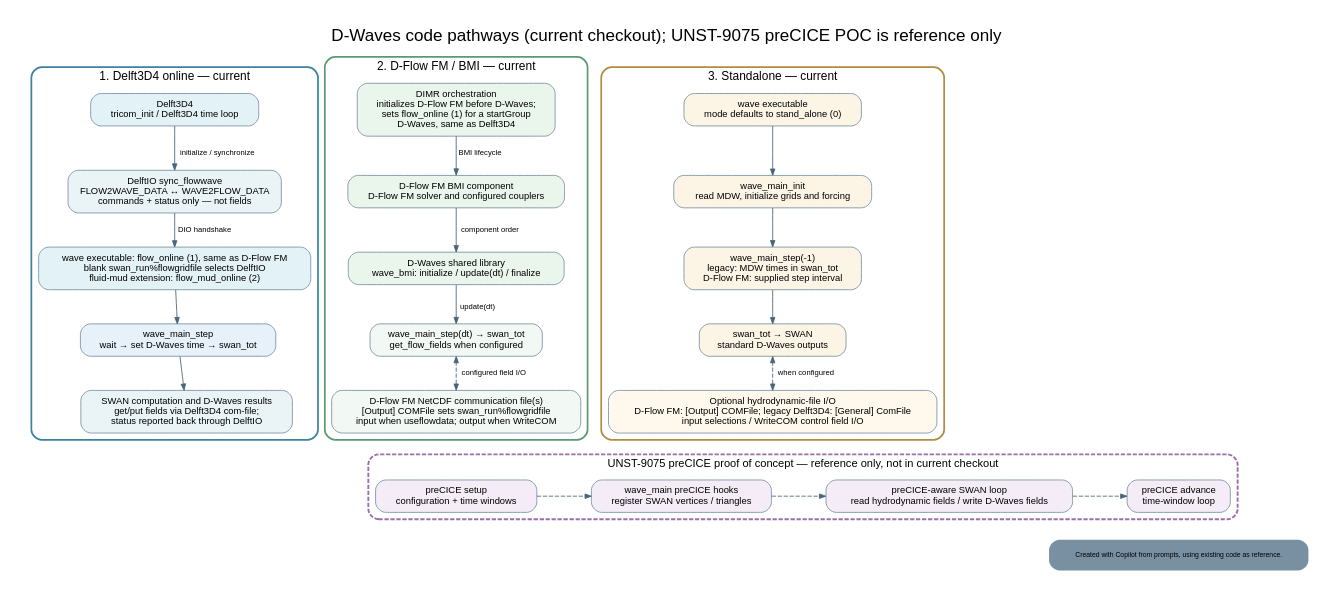
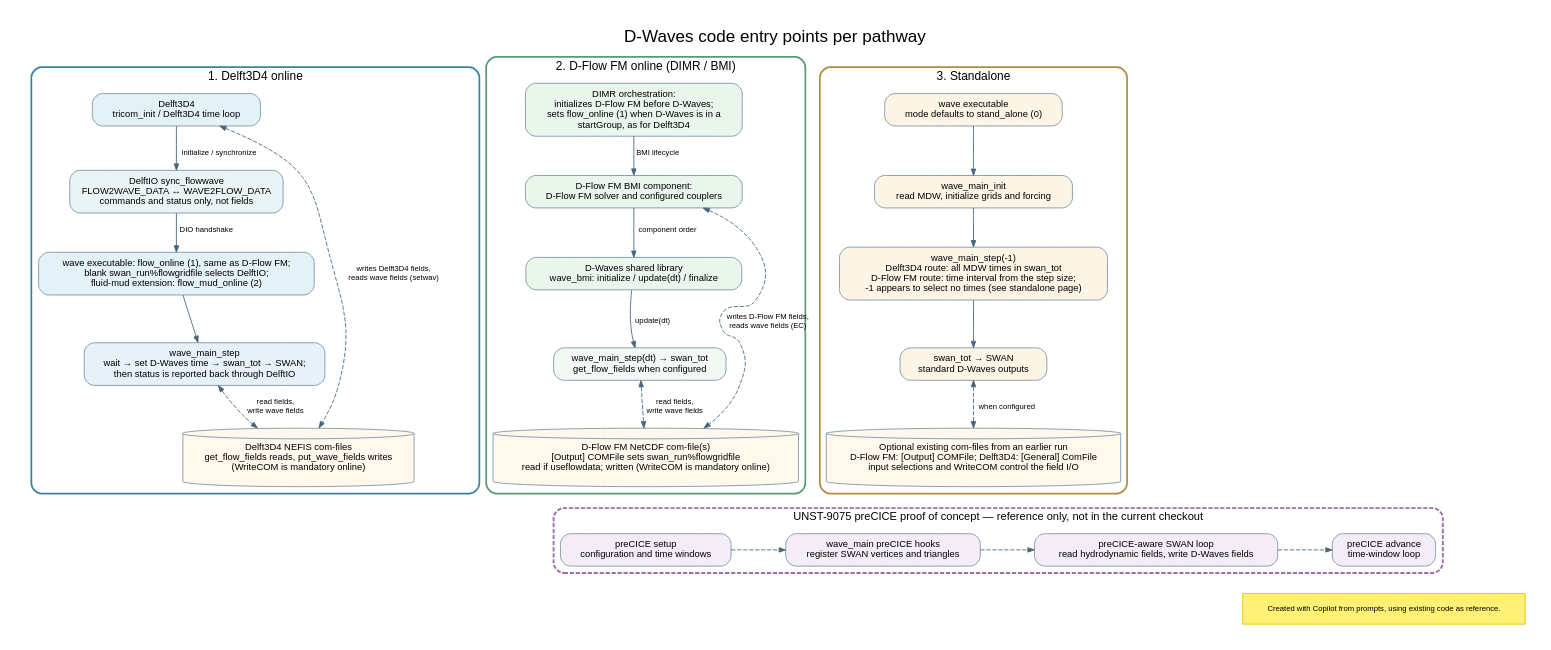
Before and after one commit to Deltares/Delft3D: the diagram in src/engines_gpl/wave/docs/include/dwaves_code_pathways.dot, drawn with Graphviz. The commit also changed 19 other files, not shown here.

Commit message:
Grammatical edits and some additionalcosmetic changes in the diagrams

```diff
--- a/src/engines_gpl/wave/docs/include/dwaves_code_pathways.dot
+++ b/src/engines_gpl/wave/docs/include/dwaves_code_pathways.dot
@@ -1,97 +1,103 @@
 digraph dwaves_code_pathways {
     graph [
-        label="D-Waves code pathways (current checkout); UNST-9075 preCICE POC is reference only",
+        label="D-Waves code entry points per pathway",
         labelloc=t,
         fontsize=20,
         fontname="Helvetica",
         rankdir=TB,
         compound=true,
         newrank=true,
         nodesep=0.45,
         ranksep=0.4,
         pad=0.3,
         bgcolor="white"
     ];
     node [shape=box, style="rounded,filled", fontname="Helvetica", fontsize=11, margin="0.16,0.10", color="#7890A2"];
     edge [fontname="Helvetica", fontsize=9, color="#48647A", arrowsize=0.75];
 
     subgraph cluster_d4 {
-        label="1. Delft3D4 online — current";
+        label="1. Delft3D4 online";
         fontsize=14;
         color="#3B82A0";
         penwidth=2;
         style="rounded";
         flow4    [label="Delft3D4\ntricom_init / Delft3D4 time loop", fillcolor="#E3F2F7"];
-        dio      [label="DelftIO sync_flowwave\nFLOW2WAVE_DATA ↔ WAVE2FLOW_DATA\ncommands + status only — not fields", fillcolor="#EAF4F7"];
-        wave4    [label="wave executable: flow_online (1), same as D-Flow FM\nblank swan_run%flowgridfile selects DelftIO\nfluid-mud extension: flow_mud_online (2)", fillcolor="#E3F2F7"];
-        manager4 [label="wave_main_step\nwait → set D-Waves time → swan_tot", fillcolor="#E7F1FA"];
-        swan4    [label="SWAN computation and D-Waves results\nget/put fields via Delft3D4 com-file;\nstatus reported back through DelftIO", fillcolor="#EAF4F7"];
+        dio      [label="DelftIO sync_flowwave\nFLOW2WAVE_DATA ↔ WAVE2FLOW_DATA\ncommands and status only, not fields", fillcolor="#EAF4F7"];
+        wave4    [label="wave executable: flow_online (1), same as D-Flow FM;\nblank swan_run%flowgridfile selects DelftIO;\nfluid-mud extension: flow_mud_online (2)", fillcolor="#E3F2F7"];
+        manager4 [label="wave_main_step\nwait → set D-Waves time → swan_tot → SWAN;\nthen status is reported back through DelftIO", fillcolor="#E7F1FA"];
+        files_d4 [shape=cylinder, fillcolor="#FFF9ED",
+                  label="Delft3D4 NEFIS com-files\nget_flow_fields reads, put_wave_fields writes\n(WriteCOM is mandatory online)"];
         flow4 -> dio [label="initialize / synchronize"];
         dio -> wave4 [label="DIO handshake"];
         wave4 -> manager4;
-        manager4 -> swan4;
+        manager4 -> files_d4 [dir=both, style=dashed, label="read fields,\nwrite wave fields"];
+        flow4 -> files_d4 [dir=both, style=dashed, constraint=false, label="writes Delft3D4 fields,\nreads wave fields (setwav)"];
     }
 
     subgraph cluster_fm {
-        label="2. D-Flow FM / BMI — current";
+        label="2. D-Flow FM online (DIMR / BMI)";
         fontsize=14;
         color="#5A9A72";
         penwidth=2;
         style="rounded";
-        dimr     [label="DIMR orchestration\ninitializes D-Flow FM before D-Waves;\nsets flow_online (1) for a startGroup\nD-Waves, same as Delft3D4", fillcolor="#EAF5EC"];
-        fmcomp   [label="D-Flow FM BMI component\nD-Flow FM solver and configured couplers", fillcolor="#EAF5EC"];
+        dimr     [label="DIMR orchestration:\ninitializes D-Flow FM before D-Waves;\nsets flow_online (1) when D-Waves is in a\nstartGroup, as for Delft3D4", fillcolor="#EAF5EC"];
+        fmcomp   [label="D-Flow FM BMI component:\nD-Flow FM solver and configured couplers", fillcolor="#EAF5EC"];
         bmi      [label="D-Waves shared library\nwave_bmi: initialize / update(dt) / finalize", fillcolor="#EAF5EC"];
         swan_fm  [label="wave_main_step(dt) → swan_tot\nget_flow_fields when configured", fillcolor="#F2F8F3"];
-        files_fm [label="D-Flow FM NetCDF communication file(s)\n[Output] COMFile sets swan_run%flowgridfile\ninput when useflowdata; output when WriteCOM", fillcolor="#F2F8F3"];
+        files_fm [shape=cylinder, fillcolor="#FFF9ED",
+                  label="D-Flow FM NetCDF com-file(s)\n[Output] COMFile sets swan_run%flowgridfile\nread if useflowdata; written (WriteCOM is mandatory online)"];
         dimr -> fmcomp [label="BMI lifecycle"];
         fmcomp -> bmi [label="component order"];
         bmi -> swan_fm [label="update(dt)"];
-        files_fm -> swan_fm [label="configured field I/O", dir=both, style=dashed];
+        files_fm -> swan_fm [label="read fields,\nwrite wave fields", dir=both, style=dashed];
+        fmcomp -> files_fm [dir=both, style=dashed, constraint=false, label="writes D-Flow FM fields,\nreads wave fields (EC)"];
     }
 
     subgraph cluster_standalone {
-        label="3. Standalone — current";
+        label="3. Standalone";
         fontsize=14;
         color="#B28B42";
         penwidth=2;
         style="rounded";
         exe       [label="wave executable\nmode defaults to stand_alone (0)", fillcolor="#FCF5E6"];
         init      [label="wave_main_init\nread MDW, initialize grids and forcing", fillcolor="#FCF5E6"];
-        step      [label="wave_main_step(-1)\nlegacy: MDW times in swan_tot\nD-Flow FM: supplied step interval", fillcolor="#FCF5E6"];
+        step      [label="wave_main_step(-1)\nDelft3D4 route: all MDW times in swan_tot\nD-Flow FM route: time interval from the step size;\n-1 appears to select no times (see standalone page)", fillcolor="#FCF5E6"];
         swan_solo [label="swan_tot → SWAN\nstandard D-Waves outputs", fillcolor="#FCF5E6"];
-        flowfile  [label="Optional hydrodynamic-file I/O\nD-Flow FM: [Output] COMFile; legacy Delft3D4: [General] ComFile\ninput selections / WriteCOM control field I/O", fillcolor="#FFF9ED"];
+        flowfile  [shape=cylinder, fillcolor="#FFF9ED",
+                   label="Optional existing com-files from an earlier run\nD-Flow FM: [Output] COMFile; Delft3D4: [General] ComFile\ninput selections and WriteCOM control the field I/O"];
         exe -> init -> step -> swan_solo;
         flowfile -> swan_solo [label="when configured", dir=both, style=dashed, constraint=false];
     }
 
     subgraph cluster_poc {
-        label="UNST-9075 preCICE proof of concept — reference only, not in current checkout";
+        label="UNST-9075 preCICE proof of concept — reference only, not in the current checkout";
         fontsize=13;
         color="#9B70A8";
         penwidth=2.2;
         style="rounded,dashed";
-        precice [label="preCICE setup\nconfiguration + time windows", fillcolor="#F4ECF7"];
-        mesh    [label="wave_main preCICE hooks\nregister SWAN vertices / triangles", fillcolor="#F4ECF7"];
-        fields  [label="preCICE-aware SWAN loop\nread hydrodynamic fields / write D-Waves fields", fillcolor="#F4ECF7"];
+        precice [label="preCICE setup\nconfiguration and time windows", fillcolor="#F4ECF7"];
+        mesh    [label="wave_main preCICE hooks\nregister SWAN vertices and triangles", fillcolor="#F4ECF7"];
+        fields  [label="preCICE-aware SWAN loop\nread hydrodynamic fields, write D-Waves fields", fillcolor="#F4ECF7"];
         advance [label="preCICE advance\ntime-window loop", fillcolor="#F4ECF7"];
         precice -> mesh -> fields -> advance [style=dashed];
         { rank=same; precice; mesh; fields; advance; }
     }
 
-    // Align the three current pathways into side-by-side columns, row by row
+    // Align the three pathways into side-by-side columns, row by row
     { rank=same; flow4; dimr; exe; }
     { rank=same; dio; fmcomp; init; }
     { rank=same; wave4; bmi; step; }
     { rank=same; manager4; swan_fm; swan_solo; }
-    { rank=same; swan4; files_fm; flowfile; }
+    { rank=same; files_d4; files_fm; flowfile; }
 
     // Force the preCICE reference panel to render below the three columns
-    swan4 -> precice [style=invis];
+    files_d4 -> precice [style=invis];
     files_fm -> precice [style=invis];
     flowfile -> precice [style=invis];
 
-    diagram_credit [shape=plaintext, fontsize=8, fontname="Helvetica",
+    diagram_credit [shape=box, style=filled, fillcolor="#FFF176", color="#E0C200",
+                    fontname="Helvetica", fontsize=9, margin="0.12,0.06",
                     label="Created with Copilot from prompts, using existing code as reference."];
     { rank=sink; diagram_credit; }
     advance -> diagram_credit [style=invis];
 }
```
